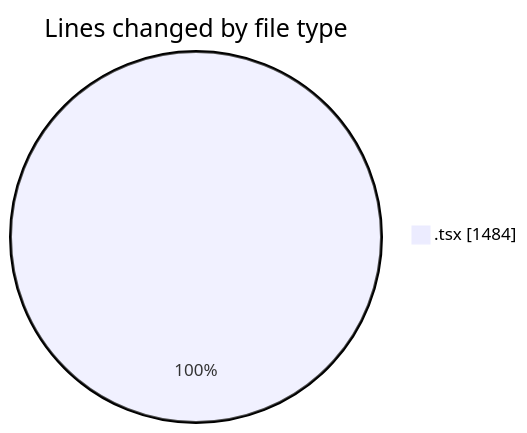
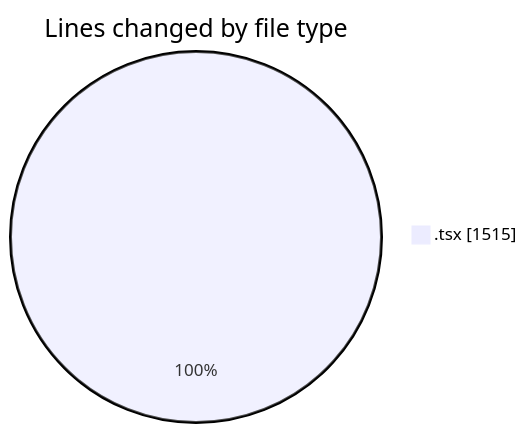
Before and after one commit to nxtqubesakshisongat/code-tracking: the first of 2 diagrams in 2026-06-16/nxtqube_webapp/README.md, drawn with Mermaid. The commit also changed other lines of this file and 1 other file, not shown here.

````diff
--- a/2026-06-16/nxtqube_webapp/README.md
+++ b/2026-06-16/nxtqube_webapp/README.md
@@ -22,5 +22,5 @@
 ```mermaid
 pie showData
 title Lines changed by file type
-".tsx" : 1484
+".tsx" : 1515
 ```
````
